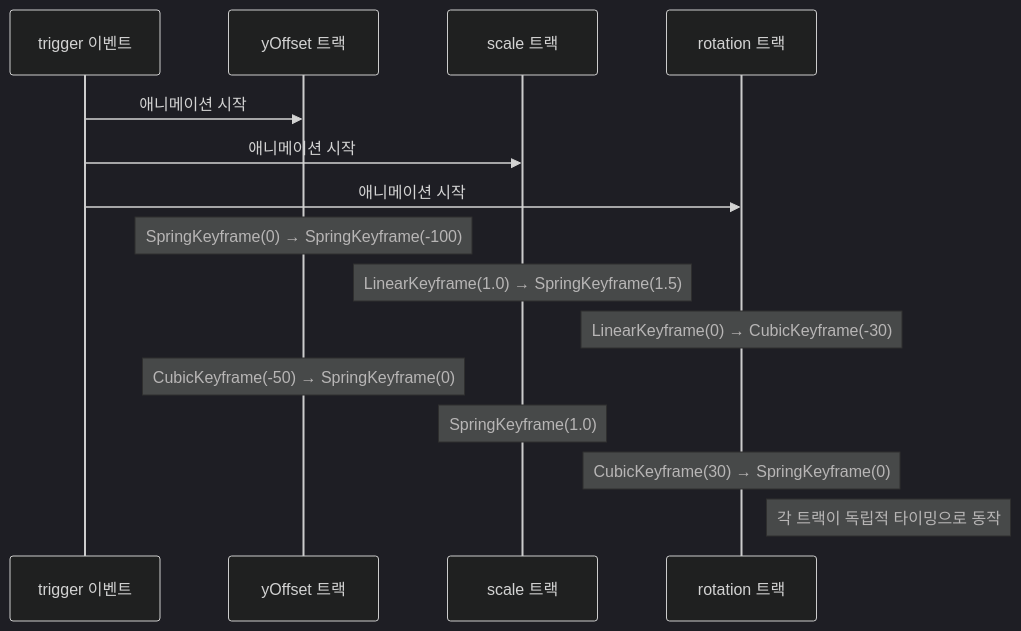
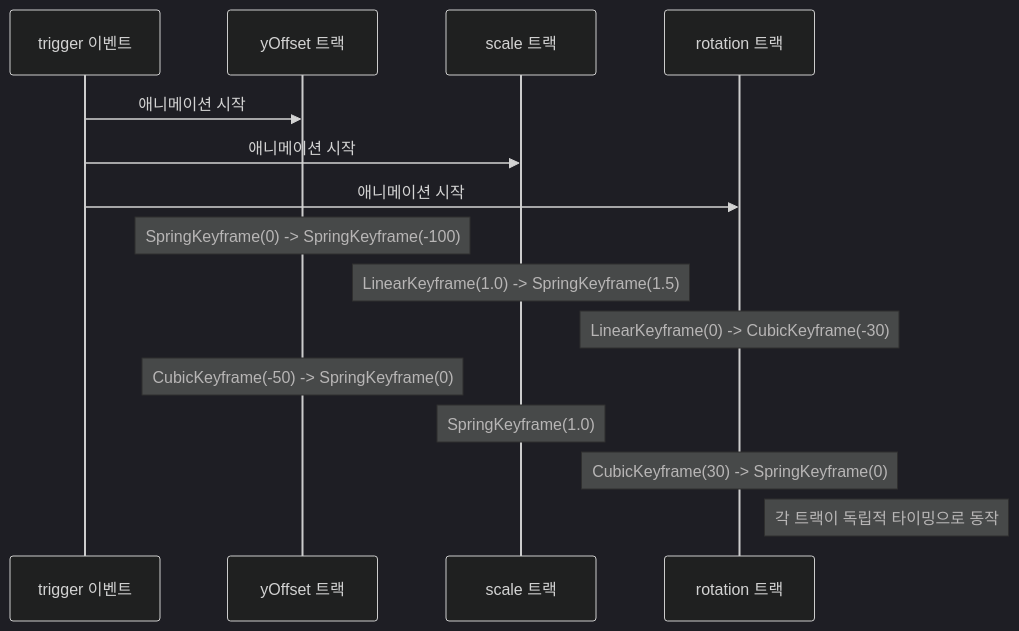
The second of 3 diagrams in 09-animation/02-advanced-animation.md (jsonpassion/forge-tutorial-swift), drawn with Mermaid (dark theme) before and after one commit. The commit also changed 69 other files, not shown here.

````diff
--- a/09-animation/02-advanced-animation.md
+++ b/09-animation/02-advanced-animation.md
@@ -178,17 +178,17 @@
 ```mermaid
 sequenceDiagram
     participant T as trigger 이벤트
     participant Y as yOffset 트랙
     participant S as scale 트랙
     participant R as rotation 트랙
     T->>Y: 애니메이션 시작
     T->>S: 애니메이션 시작
     T->>R: 애니메이션 시작
-    Note over Y: SpringKeyframe(0) → SpringKeyframe(-100)
-    Note over S: LinearKeyframe(1.0) → SpringKeyframe(1.5)
-    Note over R: LinearKeyframe(0) → CubicKeyframe(-30)
-    Note over Y: CubicKeyframe(-50) → SpringKeyframe(0)
+    Note over Y: SpringKeyframe(0) -> SpringKeyframe(-100)
+    Note over S: LinearKeyframe(1.0) -> SpringKeyframe(1.5)
+    Note over R: LinearKeyframe(0) -> CubicKeyframe(-30)
+    Note over Y: CubicKeyframe(-50) -> SpringKeyframe(0)
     Note over S: SpringKeyframe(1.0)
-    Note over R: CubicKeyframe(30) → SpringKeyframe(0)
+    Note over R: CubicKeyframe(30) -> SpringKeyframe(0)
     Note right of R: 각 트랙이 독립적 타이밍으로 동작
 ```
````
